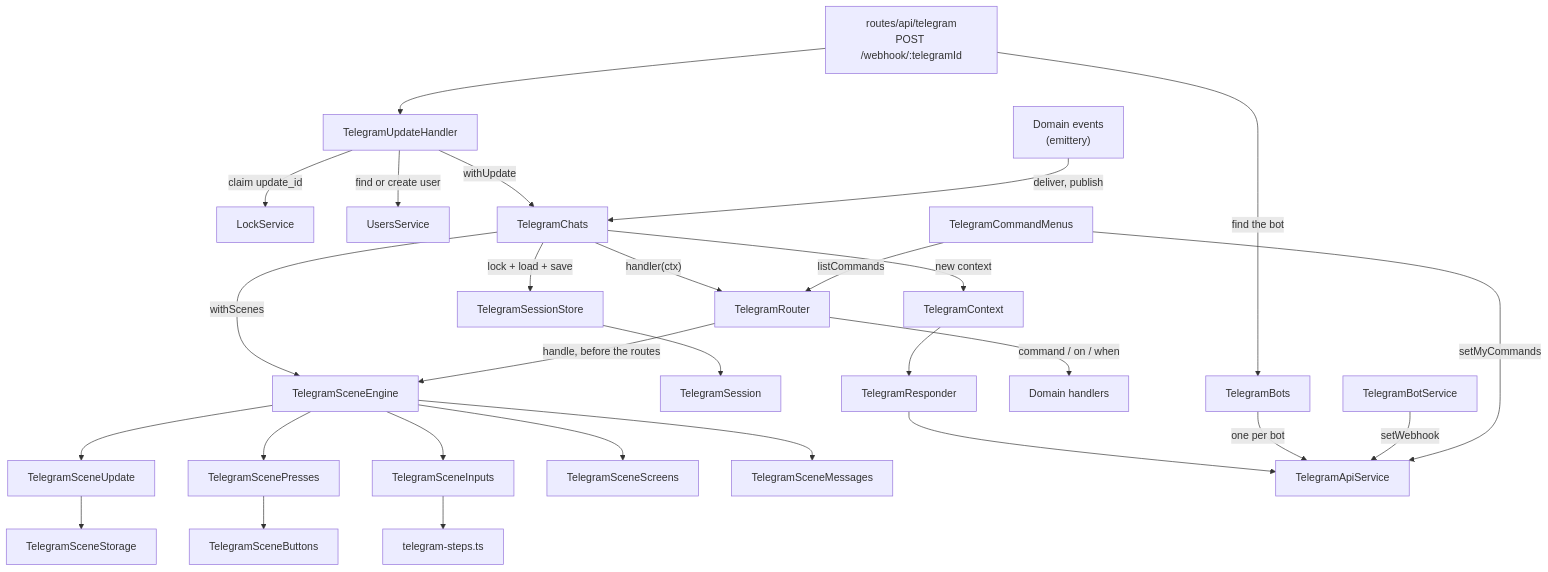
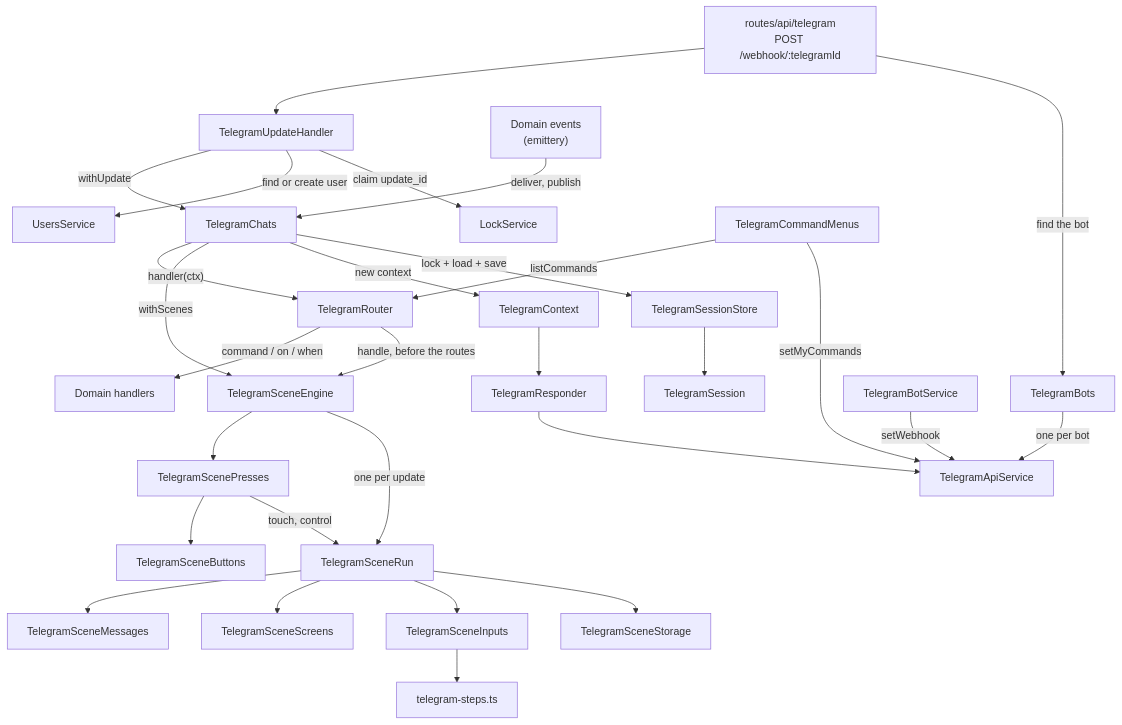
One commit to ayuvlasenko/smart-assistant changed the first of 6 diagrams in apps/server/src/plugins/app/telegram/README.md. Above: the diagram before and after it, drawn with Mermaid. The commit also changed other lines of this file and 5 other files, not shown here.

First line of the commit message:
refactor: run the scenes of one update in a TelegramSceneRun

````diff
--- a/apps/server/src/plugins/app/telegram/README.md
+++ b/apps/server/src/plugins/app/telegram/README.md
@@ -238,36 +238,37 @@
 ```mermaid
 flowchart TD
     route["routes/api/telegram<br/>POST /webhook/:telegramId"] -->|"find the bot"| bots[TelegramBots]
     route --> handler[TelegramUpdateHandler]
     handler -->|"claim update_id"| lock[LockService]
     handler -->|"find or create user"| users[UsersService]
     handler -->|withUpdate| chats[TelegramChats]
 
     chats -->|"lock + load + save"| sessions[TelegramSessionStore]
     sessions --> session[TelegramSession]
     chats -->|"new context"| ctx[TelegramContext]
     chats -->|withScenes| engine[TelegramSceneEngine]
     chats -->|"handler(ctx)"| router[TelegramRouter]
 
     router -->|"handle, before the routes"| engine
     router -->|"command / on / when"| domain["Domain handlers"]
 
-    engine --> update[TelegramSceneUpdate]
-    update --> storage[TelegramSceneStorage]
+    engine -->|"one per update"| run[TelegramSceneRun]
     engine --> presses[TelegramScenePresses]
+    presses -->|"touch, control"| run
     presses --> buttons[TelegramSceneButtons]
-    engine --> inputs[TelegramSceneInputs]
-    engine --> screens[TelegramSceneScreens]
-    engine --> messages[TelegramSceneMessages]
+    run --> storage[TelegramSceneStorage]
+    run --> inputs[TelegramSceneInputs]
+    run --> screens[TelegramSceneScreens]
+    run --> messages[TelegramSceneMessages]
     inputs --> steps["telegram-steps.ts"]
 
     ctx --> responder[TelegramResponder]
     responder --> api[TelegramApiService]
     bots -->|"one per bot"| api
 
     domainEvents["Domain events<br/>(emittery)"] -->|"deliver, publish"| chats
 
     bot[TelegramBotService] -->|setWebhook| api
     menus[TelegramCommandMenus] -->|setMyCommands| api
     menus -->|listCommands| router
 ```
````
